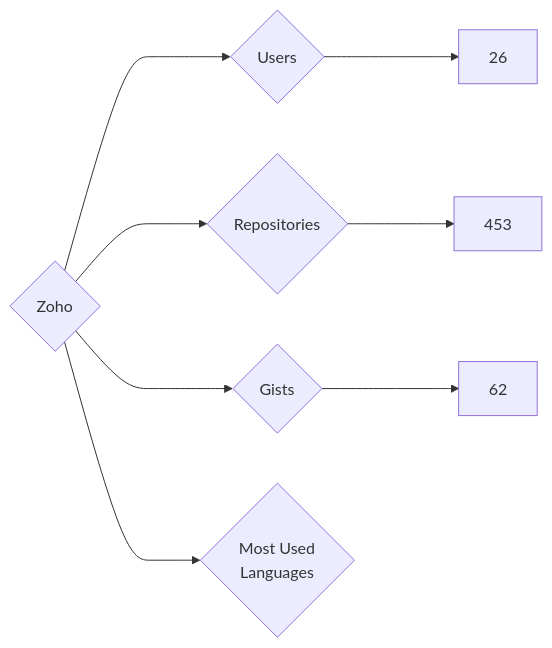
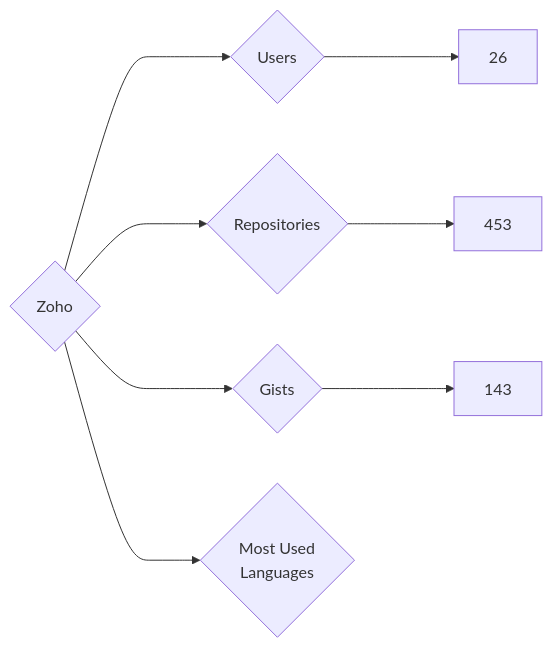
One commit to nenadzaric/insiders changed the diagram in targets/Zoho/README.md. Above: the diagram before and after it, drawn with Mermaid. The commit also changed 1342 other files, not shown here.

````diff
--- a/targets/Zoho/README.md
+++ b/targets/Zoho/README.md
@@ -3,8 +3,8 @@
 ```mermaid
 graph LR
 COMPANY_NAME{Zoho}
 COMPANY_NAME ---> U{Users} ---> UN[26]
 COMPANY_NAME ---> R{Repositories} ---> RN[453]
-COMPANY_NAME ---> G{Gists} ---> GN[62]
+COMPANY_NAME ---> G{Gists} ---> GN[143]
 COMPANY_NAME ---> ML{Most Used<br>Languages}
 ```
````
